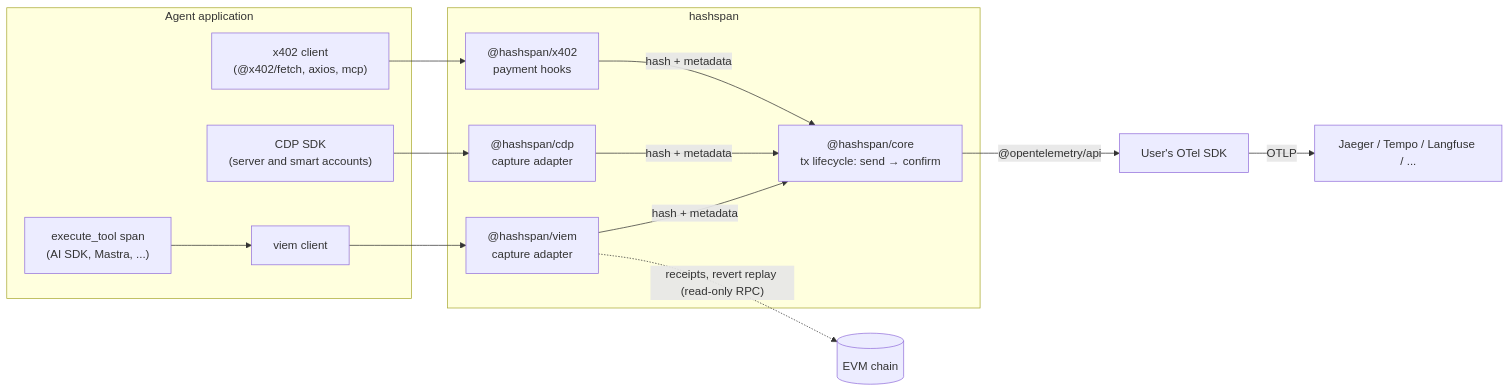
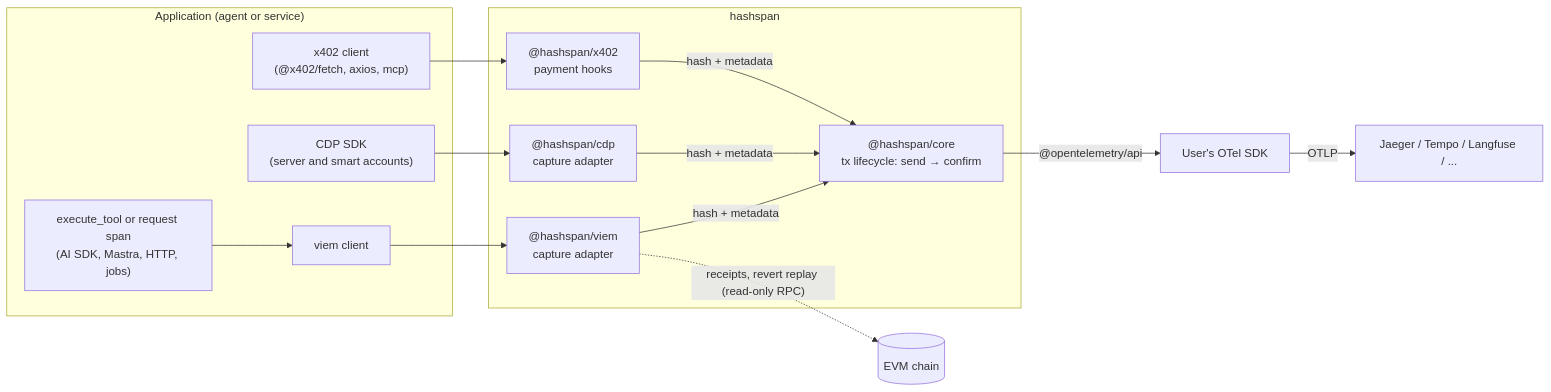
Before and after one commit to selimaytac/hashspan: the diagram in docs/architecture.md, drawn with Mermaid. The commit also changed other lines of this file and 11 other files, not shown here.

````diff
--- a/docs/architecture.md
+++ b/docs/architecture.md
@@ -3,21 +3,21 @@
 ```mermaid
 flowchart LR
-  subgraph App["Agent application"]
-    Tool["execute_tool span<br/>(AI SDK, Mastra, ...)"]
+  subgraph App["Application (agent or service)"]
+    Tool["execute_tool or request span<br/>(AI SDK, Mastra, HTTP, jobs)"]
     Viem["viem client"]
     CDP["CDP SDK<br/>(server and smart accounts)"]
     X402["x402 client<br/>(@x402/fetch, axios, mcp)"]
   end
   subgraph Lib["hashspan"]
     VA["@hashspan/viem<br/>capture adapter"]
     CA["@hashspan/cdp<br/>capture adapter"]
     XA["@hashspan/x402<br/>payment hooks"]
     Core["@hashspan/core<br/>tx lifecycle: send → confirm"]
   end
   Tool --> Viem --> VA
   CDP --> CA
   X402 --> XA
   VA & CA & XA -- "hash + metadata" --> Core
   Core -- "@opentelemetry/api" --> SDK["User's OTel SDK"] -- OTLP --> BE["Jaeger / Tempo / Langfuse / ..."]
   VA -. "receipts, revert replay (read-only RPC)" .-> Chain[("EVM chain")]
 ```
````
